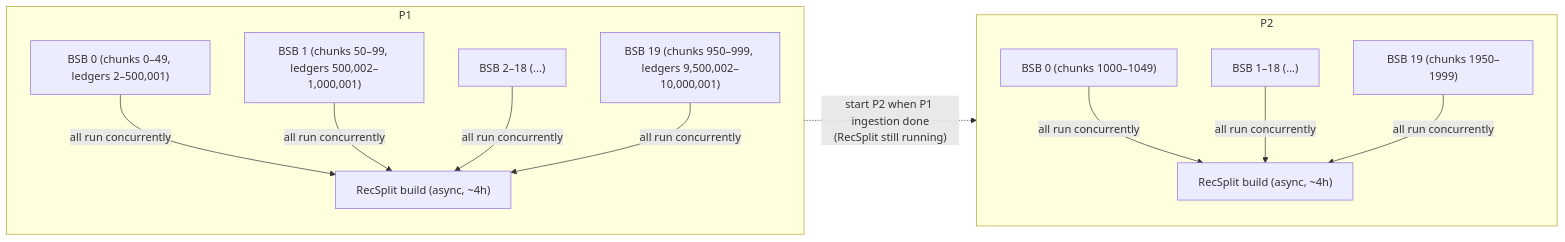
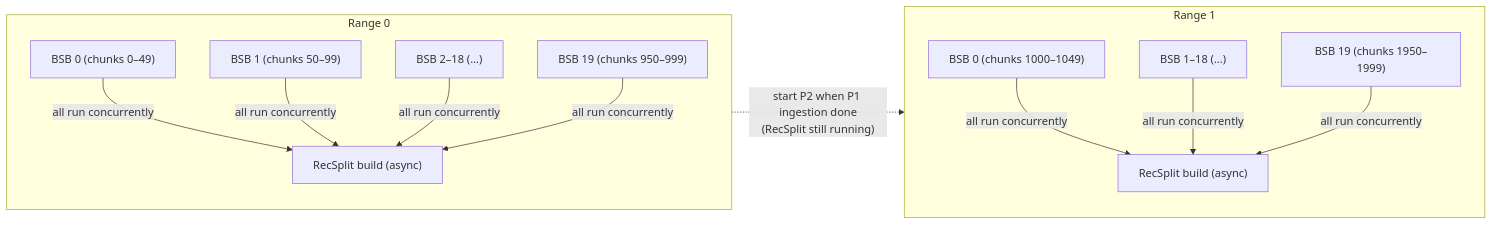
One commit to stellar/stellar-rpc changed the second of 3 diagrams in full-history/design-docs/03-backfill-workflow.md. Above: the diagram before and after it, drawn with Mermaid. The commit also changed other lines of this file and 12 other files, not shown here.

````diff
--- a/full-history/design-docs/03-backfill-workflow.md
+++ b/full-history/design-docs/03-backfill-workflow.md
@@ -121,21 +205,21 @@
 ```mermaid
 flowchart LR
-    subgraph P1
-        B1["BSB 0 (chunks 0–49, ledgers 2–500,001)"]
-        B2["BSB 1 (chunks 50–99, ledgers 500,002–1,000,001)"]
+    subgraph P1["Range 0"]
+        B1["BSB 0 (chunks 0–49)"]
+        B2["BSB 1 (chunks 50–99)"]
         BD["BSB 2–18 (...)"]
-        B20["BSB 19 (chunks 950–999, ledgers 9,500,002–10,000,001)"]
-        RS0["RecSplit build (async, ~4h)"]
+        B20["BSB 19 (chunks 950–999)"]
+        RS0["RecSplit build (async)"]
         B1 & B2 & BD & B20 -->|"all run concurrently"| RS0
     end
 
-    subgraph P2
+    subgraph P2["Range 1"]
         C1["BSB 0 (chunks 1000–1049)"]
         C2["BSB 1–18 (...)"]
         C20["BSB 19 (chunks 1950–1999)"]
-        RS1["RecSplit build (async, ~4h)"]
+        RS1["RecSplit build (async)"]
         C1 & C2 & C20 -->|"all run concurrently"| RS1
     end
 
     P1 -.->|"start P2 when P1 ingestion done<br/>(RecSplit still running)"| P2
 ```
````
